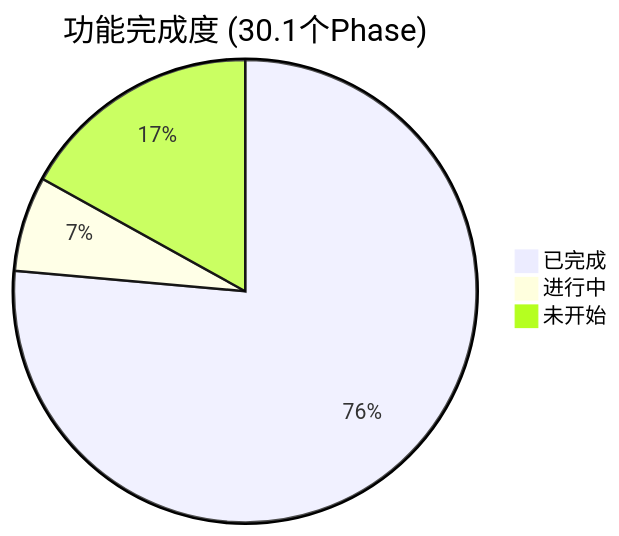
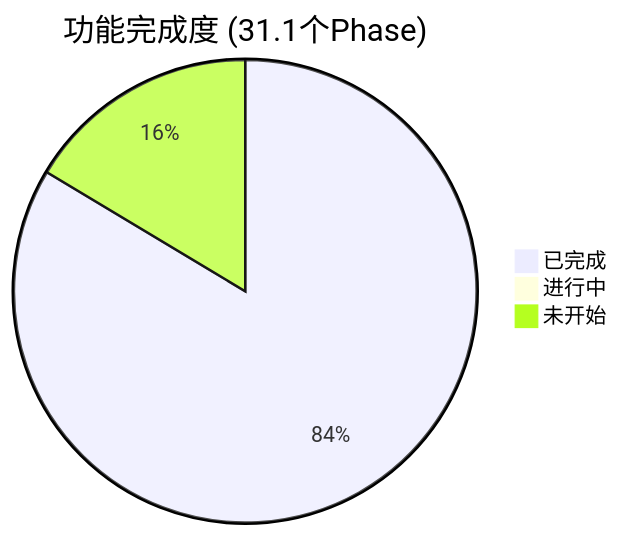
Before and after one commit to nexus-agent-lab/nexus-agent: the diagram in docs/progress_report.md, drawn with Mermaid. The commit also changed other lines of this file, not shown here.

````diff
--- a/docs/progress_report.md
+++ b/docs/progress_report.md
@@ -9,6 +9,6 @@
 ```mermaid
-pie title 功能完成度 (30.1个Phase)
-    "已完成" : 23
-    "进行中" : 2
+pie title 功能完成度 (31.1个Phase)
+    "已完成" : 26
+    "进行中" : 0
     "未开始" : 5.1
 ```
````
